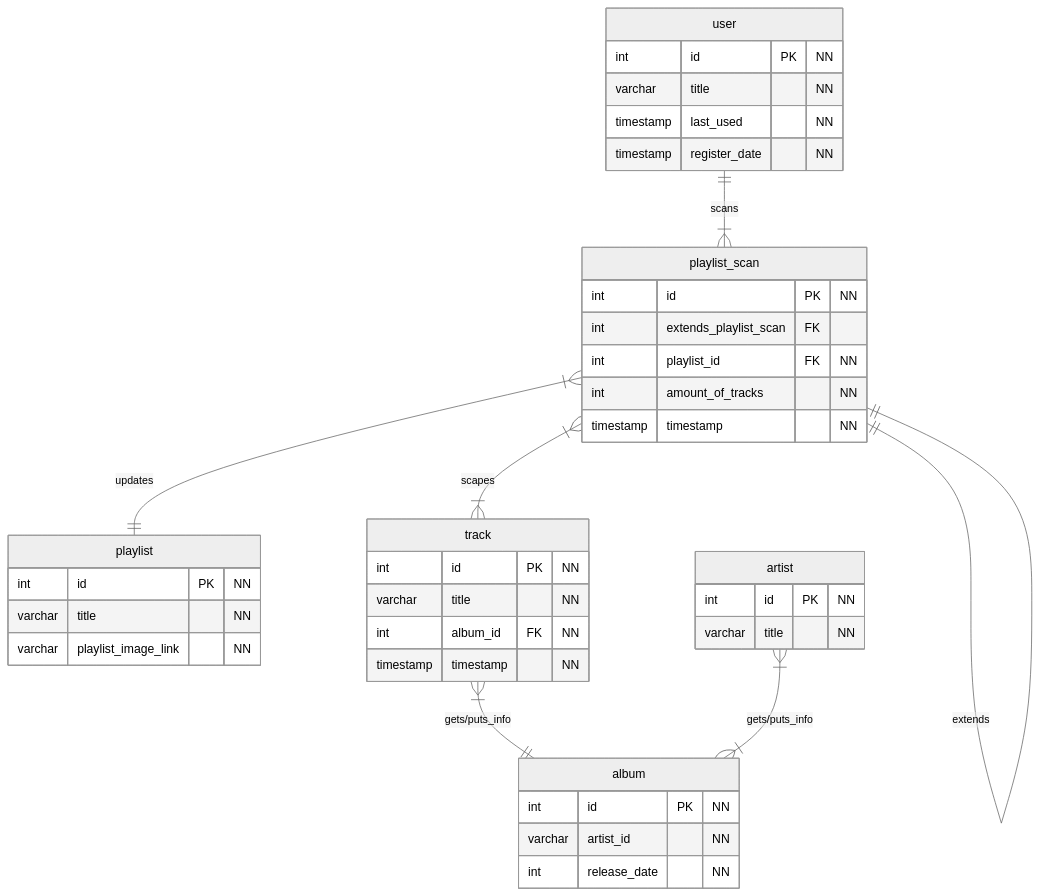
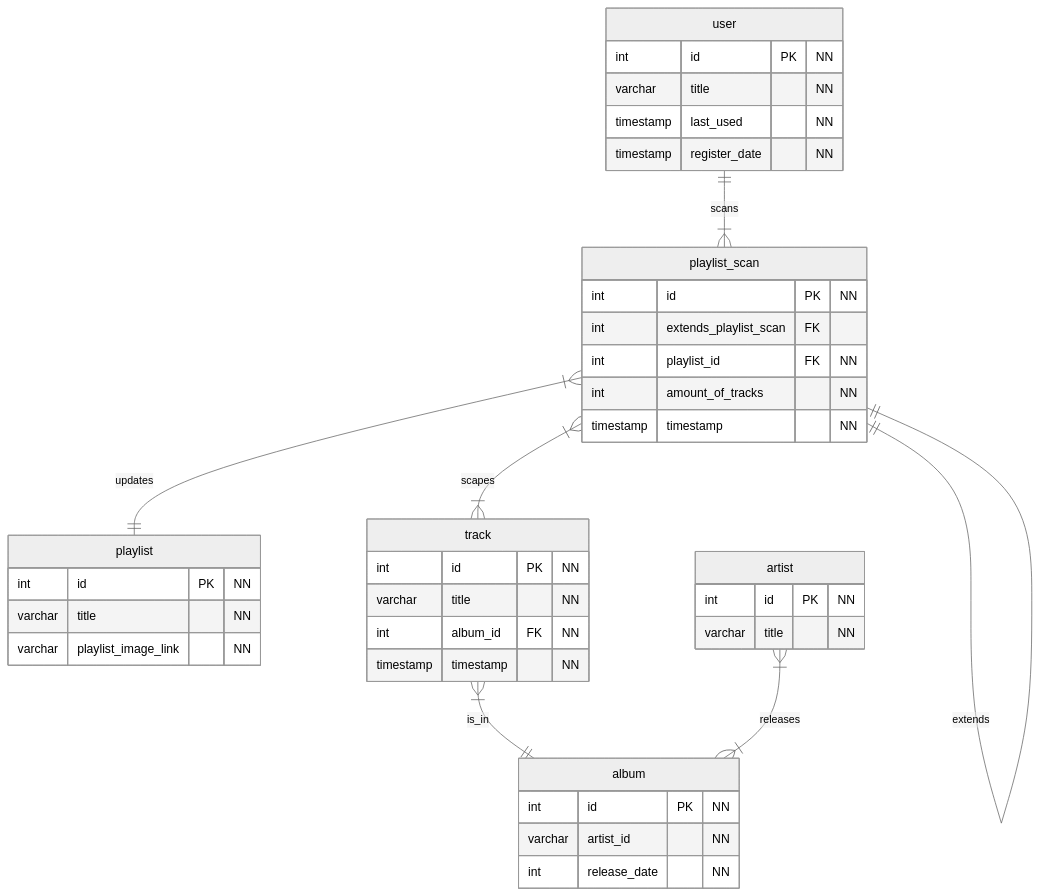
The diagram in README.md (david-auk/Mixster), drawn with Mermaid (neutral theme) before and after one commit.

Commit message:
Updated relations

````diff
--- a/README.md
+++ b/README.md
@@ -38,51 +38,51 @@
 ```mermaid
 erDiagram
     playlist_scan {
         int id PK "NN"
         int extends_playlist_scan FK
         int playlist_id FK "NN"
         int amount_of_tracks "NN"
         timestamp timestamp "NN"
     }
 
    playlist {
       int id PK "NN"
       varchar title "NN"
       varchar playlist_image_link "NN"
    }
     
     track {
         int id PK "NN"
         varchar title "NN"
         int album_id FK "NN"
         timestamp timestamp "NN"
     }
     
     album {
         int id PK "NN"
         varchar artist_id "NN"
         int release_date "NN"
     }
     
     artist {
         int id PK "NN"
         varchar title "NN"
     }
     
     user {
         int id PK "NN"
         varchar title "NN"
         timestamp last_used "NN"
         timestamp register_date "NN"
     }
     
     %% Relations
     
     user ||--|{ playlist_scan : "scans"
     playlist_scan }|--|| playlist : "updates"
     playlist_scan }|--|{ track : "scapes"
     playlist_scan ||--|| playlist_scan : "extends"
-    track }|--|| album : "gets/puts_info"
-    artist }|--|{ album : "gets/puts_info"
+    track }|--|| album : "is_in"
+    artist }|--|{ album : "releases"
     
 ```
````
